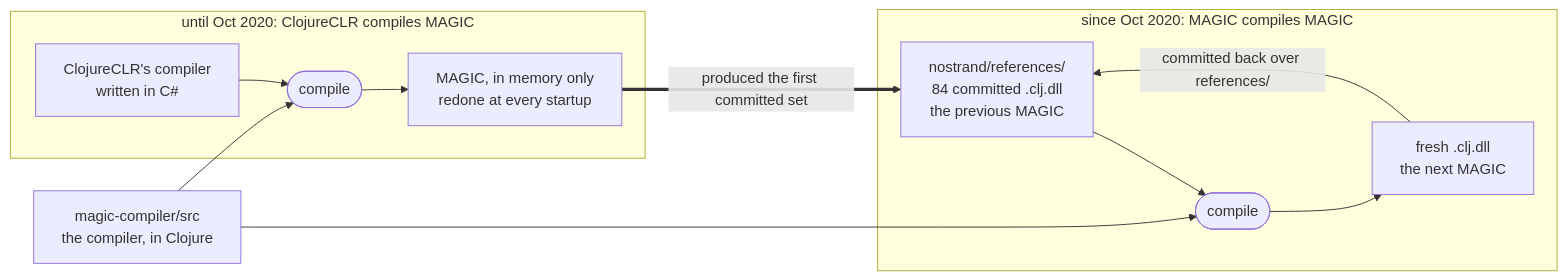
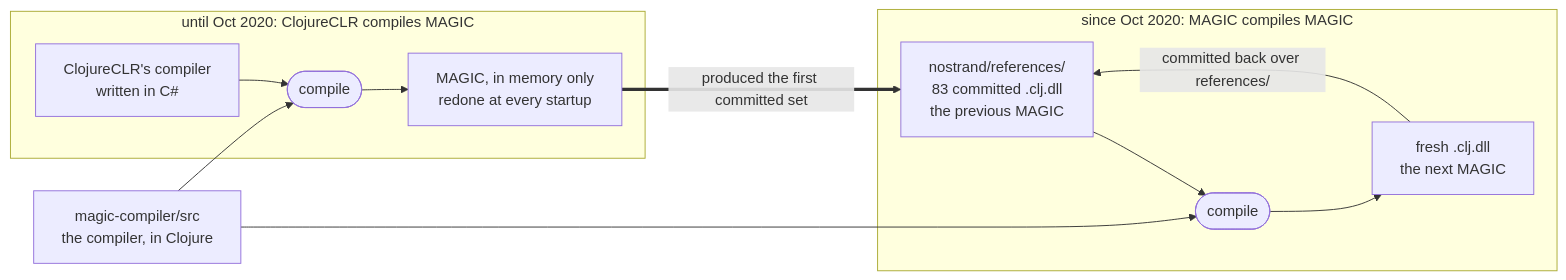
Before and after one commit to flybot-sg/magic: the first of 6 diagrams in docs/bootstrap.md, drawn with Mermaid. The commit also changed other lines of this file and 12 other files, not shown here.

````diff
--- a/docs/bootstrap.md
+++ b/docs/bootstrap.md
@@ -16,23 +16,23 @@
 ```mermaid
 flowchart LR
     src["magic-compiler/src<br/>the compiler, in Clojure"]
 
     subgraph era1["until Oct 2020: ClojureCLR compiles MAGIC"]
         clr["ClojureCLR's compiler<br/>written in C#35;"]
         c1(["compile"])
         mem["MAGIC, in memory only<br/>redone at every startup"]
         clr --> c1 --> mem
     end
 
     subgraph era2["since Oct 2020: MAGIC compiles MAGIC"]
-        refs["nostrand/references/<br/>84 committed .clj.dll<br/>the previous MAGIC"]
+        refs["nostrand/references/<br/>83 committed .clj.dll<br/>the previous MAGIC"]
         c2(["compile"])
         out["fresh .clj.dll<br/>the next MAGIC"]
         refs --> c2 --> out
         out -->|"committed back over references/"| refs
     end
 
     src --> c1
     src --> c2
     mem ==>|"produced the first committed set"| refs
 ```
````
